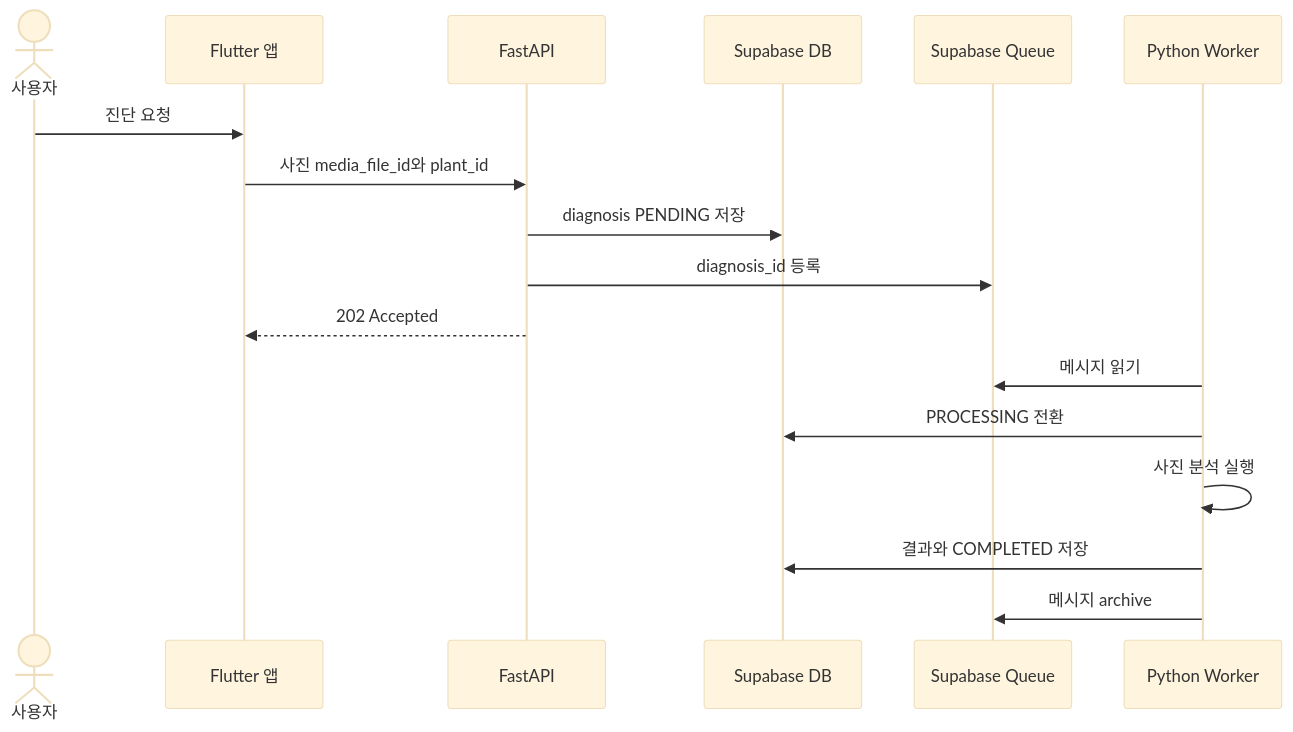
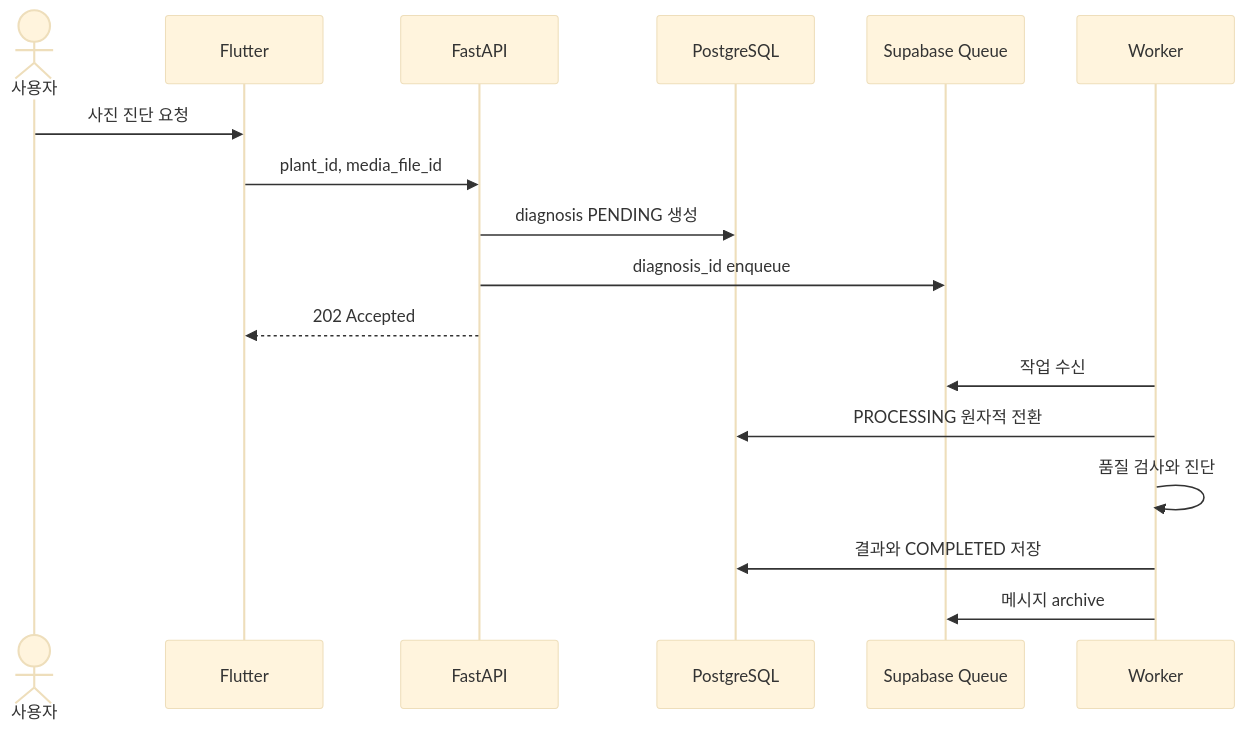
The second of 2 diagrams in docs/architecture.md (YuEngMe/Leafie), drawn with Mermaid (base theme) before and after one commit. The commit also changed other lines of this file and 28 other files, not shown here.

````diff
--- a/docs/architecture.md
+++ b/docs/architecture.md
@@ -147,20 +76,20 @@
 ```mermaid
 sequenceDiagram
     actor U as 사용자
-    participant A as Flutter 앱
+    participant A as Flutter
     participant API as FastAPI
-    participant DB as Supabase DB
+    participant DB as PostgreSQL
     participant Q as Supabase Queue
-    participant W as Python Worker
+    participant W as Worker
 
-    U->>A: 진단 요청
-    A->>API: 사진 media_file_id와 plant_id
-    API->>DB: diagnosis PENDING 저장
-    API->>Q: diagnosis_id 등록
+    U->>A: 사진 진단 요청
+    A->>API: plant_id, media_file_id
+    API->>DB: diagnosis PENDING 생성
+    API->>Q: diagnosis_id enqueue
     API-->>A: 202 Accepted
-    W->>Q: 메시지 읽기
-    W->>DB: PROCESSING 전환
-    W->>W: 사진 분석 실행
+    W->>Q: 작업 수신
+    W->>DB: PROCESSING 원자적 전환
+    W->>W: 품질 검사와 진단
     W->>DB: 결과와 COMPLETED 저장
     W->>Q: 메시지 archive
 ```
````
